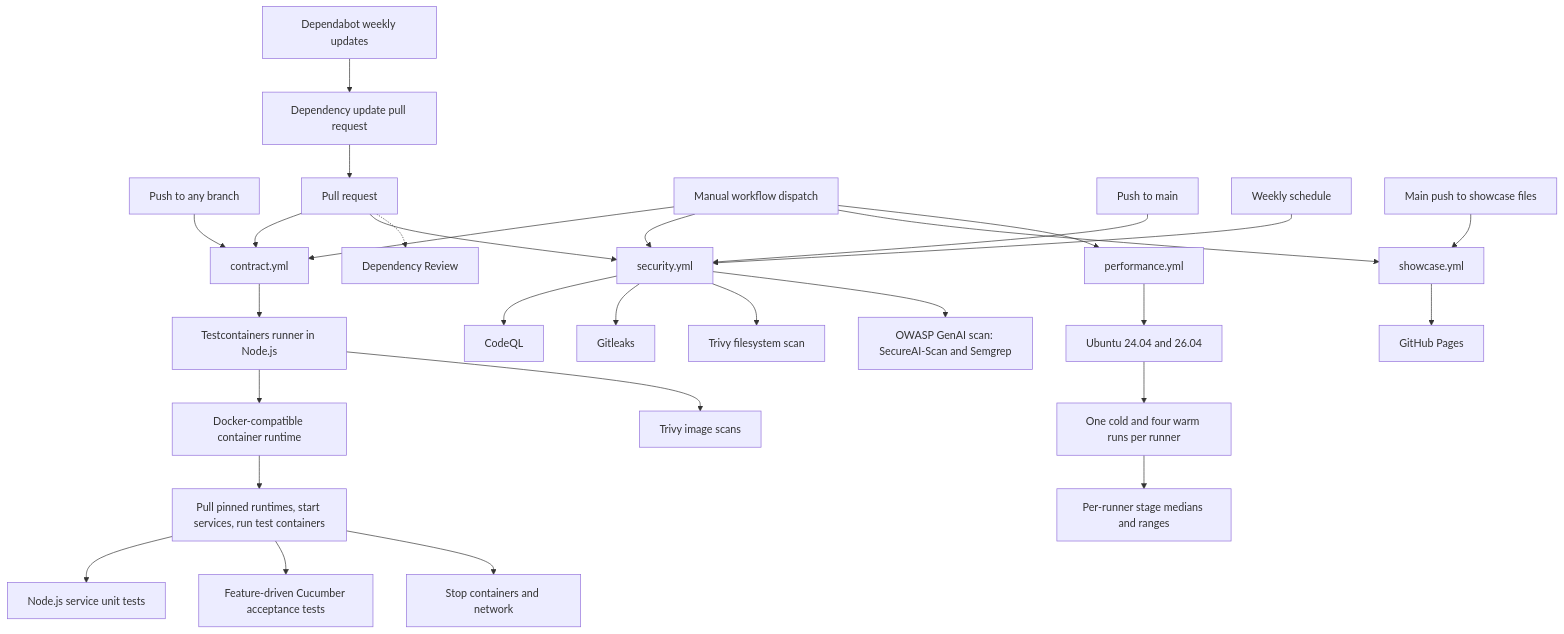
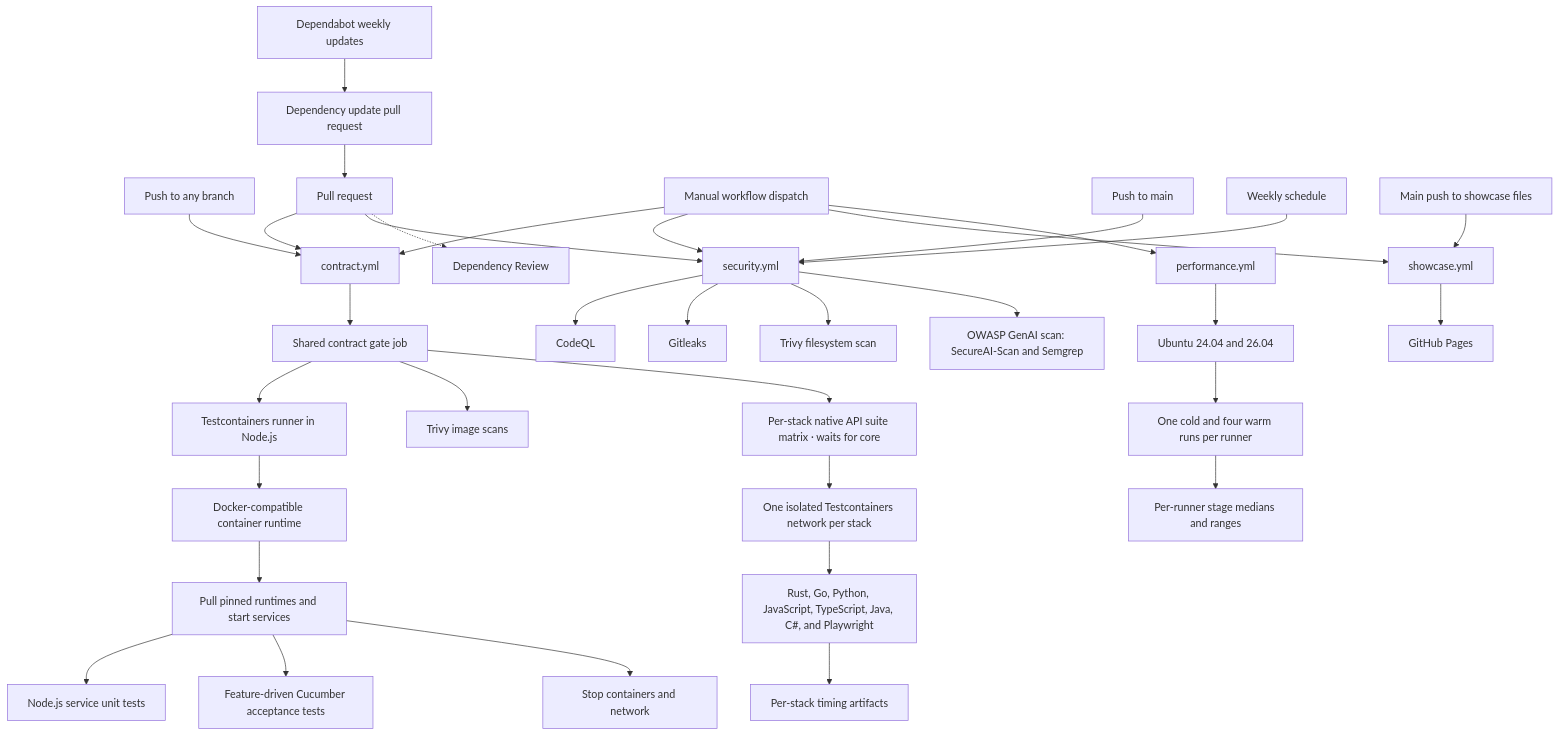
The second of 2 diagrams in README.md (shoman2020/oas-polycontract), drawn with Mermaid before and after one commit. The commit also changed other lines of this file and 8 other files, not shown here.

Commit message:
Split contract CI into isolated stack jobs

````diff
--- a/README.md
+++ b/README.md
@@ -63,33 +63,38 @@
 ```mermaid
 flowchart TB
   AnyPush[Push to any branch] --> Contract[contract.yml]
   PullRequest[Pull request] --> Contract
   Manual[Manual workflow dispatch] --> Contract
-  Contract --> Runner[Testcontainers runner in Node.js]
+  Contract --> CoreJob[Shared contract gate job]
+  CoreJob --> Runner[Testcontainers runner in Node.js]
   Runner --> Runtime[Docker-compatible container runtime]
-  Runtime --> Tasks[Pull pinned runtimes, start services, run test containers]
+  Runtime --> Tasks[Pull pinned runtimes and start services]
   Tasks --> ServiceTests[Node.js service unit tests]
   Tasks --> BDD[Feature-driven Cucumber acceptance tests]
   Tasks --> Cleanup[Stop containers and network]
-  Runner --> ImageScans[Trivy image scans]
+  CoreJob --> ImageScans[Trivy image scans]
+  CoreJob --> NativeMatrix[Per-stack native API suite matrix · waits for core]
+  NativeMatrix --> StackNetworks[One isolated Testcontainers network per stack]
+  StackNetworks --> StackSuites[Rust, Go, Python, JavaScript, TypeScript, Java, C#, and Playwright]
+  StackSuites --> StackTimings[Per-stack timing artifacts]
 
   MainPush[Push to main] --> Security[security.yml]
   PullRequest --> Security
   Weekly[Weekly schedule] --> Security
   Manual --> Security
   Security --> CodeQL[CodeQL]
   Security --> Secrets[Gitleaks]
   Security --> FileScan[Trivy filesystem scan]
   Security --> AIScan[OWASP GenAI scan: SecureAI-Scan and Semgrep]
   PullRequest -.-> Review[Dependency Review]
 
   ShowcasePush[Main push to showcase files] --> Showcase[showcase.yml]
   Manual --> Showcase
   Showcase --> Pages[GitHub Pages]
   Manual --> Performance[performance.yml]
   Performance --> Runners[Ubuntu 24.04 and 26.04]
   Runners --> Samples[One cold and four warm runs per runner]
   Samples --> Timings[Per-runner stage medians and ranges]
   Dependabot[Dependabot weekly updates] --> UpdatePR[Dependency update pull request]
   UpdatePR --> PullRequest
 ```
````
